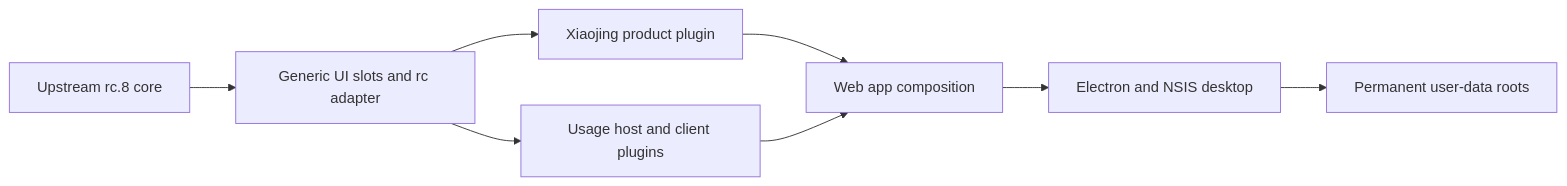
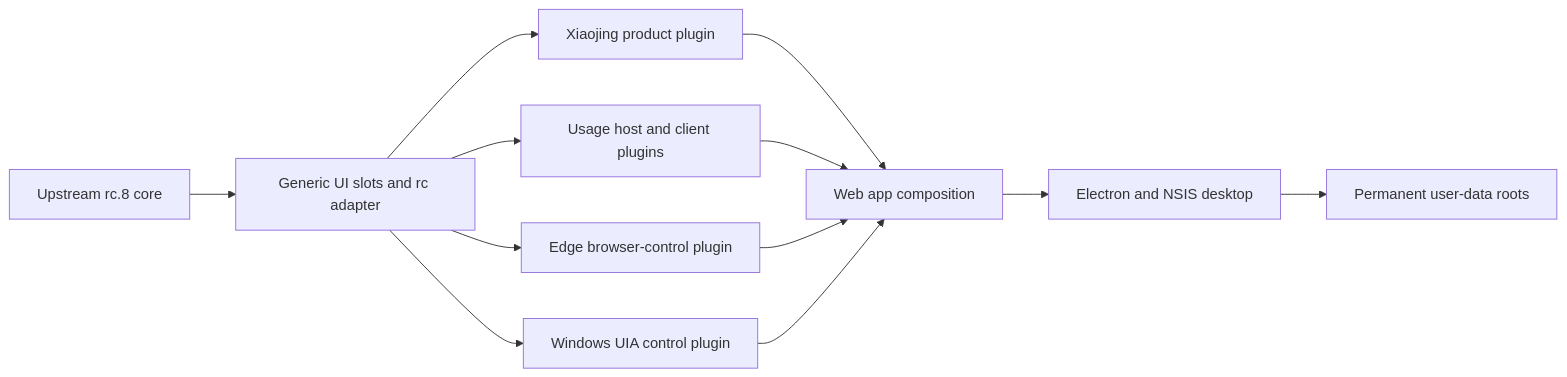
Before and after one commit to yyshi127/sudotech_agent_harness: the diagram in docs/xiaojing-product-development.md, drawn with Mermaid. The commit also changed other lines of this file and 77 other files, not shown here.

````diff
--- a/docs/xiaojing-product-development.md
+++ b/docs/xiaojing-product-development.md
@@ -30,10 +30,14 @@
 ```mermaid
 flowchart LR
   Upstream["Upstream rc.8 core"] --> Adapters["Generic UI slots and rc adapter"]
   Adapters --> Product["Xiaojing product plugin"]
   Adapters --> Usage["Usage host and client plugins"]
+  Adapters --> Browser["Edge browser-control plugin"]
+  Adapters --> Computer["Windows UIA control plugin"]
   Product --> Bundle["Web app composition"]
   Usage --> Bundle
+  Browser --> Bundle
+  Computer --> Bundle
   Bundle --> Desktop["Electron and NSIS desktop"]
   Desktop --> Data["Permanent user-data roots"]
 ```
````
